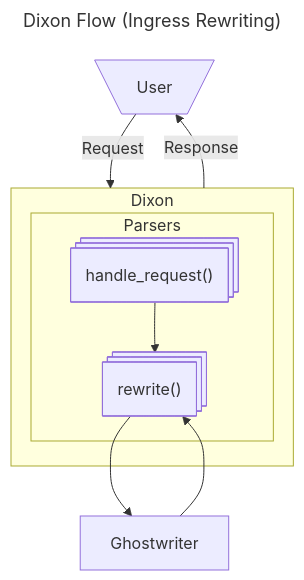
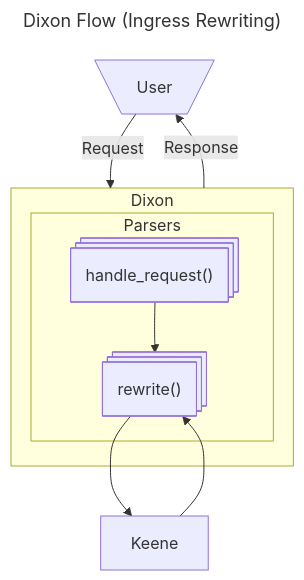
Before and after one commit to lsst-sqre/sqr-110: the third of 5 diagrams in index.md, drawn with Mermaid. The commit also changed other lines of this file, not shown here.

Commit message:
Rename backend service to Keene

````diff
--- a/index.md
+++ b/index.md
@@ -176,26 +176,26 @@
 ```mermaid
 ---
 
 title: Dixon Flow (Ingress Rewriting)
 ---
 
 graph TB
   user@{ shape: trap-t, label: "User" }
 
   subgraph Dixon
     subgraph Parsers
       handle_request@{ label: "handle_request()", shape: st-rect }
       rewrite@{ label: "rewrite()", shape: st-rect }
     end
   end
   
-  Ghostwriter
+  Keene
   
   handle_request --> rewrite
-  rewrite --> Ghostwriter
-  Ghostwriter --> rewrite
+  rewrite --> Keene
+  Keene --> rewrite
   
   user -->|Request|Dixon
   Dixon -->|Response|user
 
 ```
````
